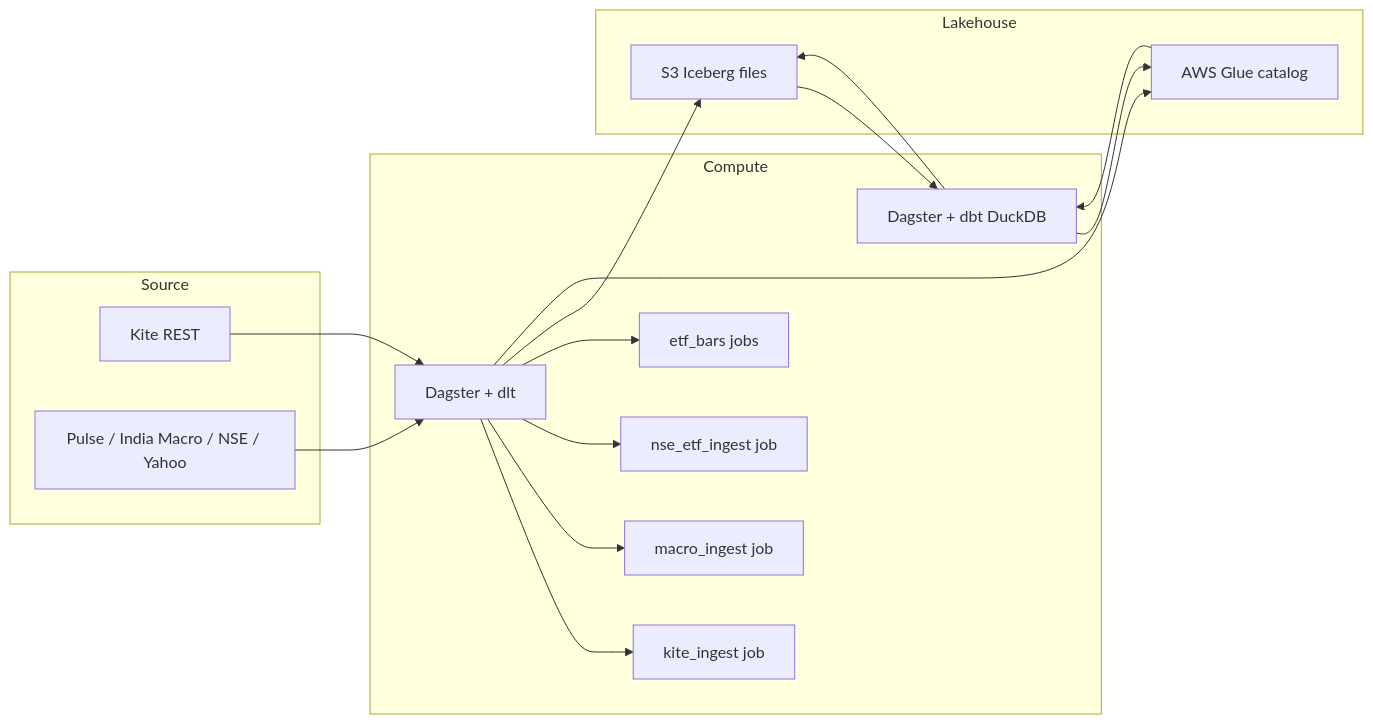
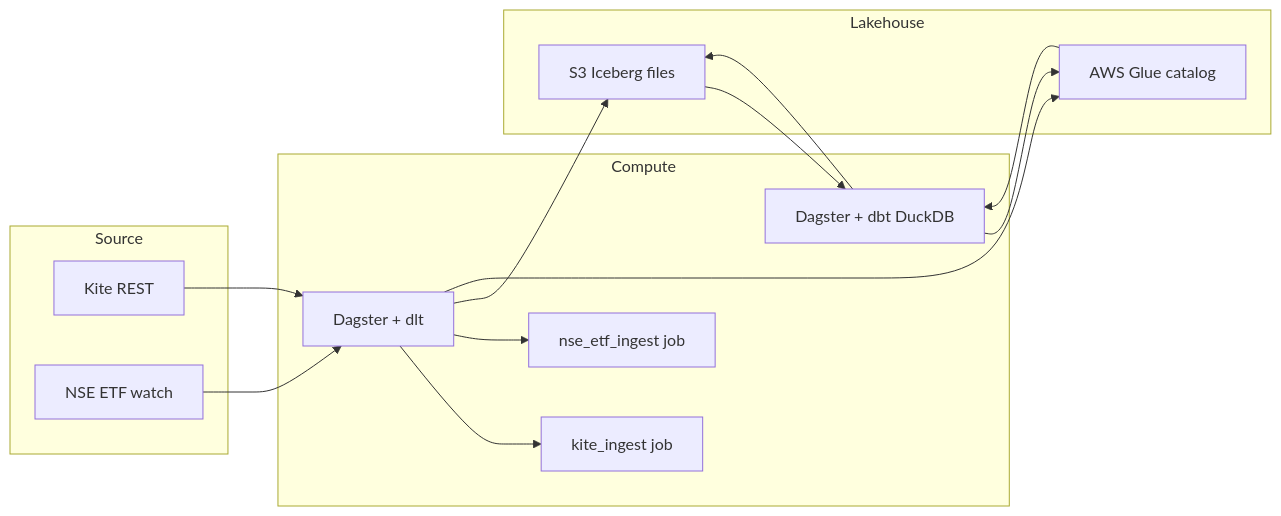
One commit to kunal-dey/investment-data-products changed the first of 5 diagrams in README.md. Above: the diagram before and after it, drawn with Mermaid. The commit also changed other lines of this file and 9 other files, not shown here.

````diff
--- a/README.md
+++ b/README.md
@@ -34,34 +34,30 @@
 ```mermaid
 flowchart LR
   subgraph src["Source"]
     API["Kite REST"]
-    Pulse["Pulse / India Macro / NSE / Yahoo"]
+    NSE["NSE ETF watch"]
   end
 
   subgraph compute["Compute"]
     DLT["Dagster + dlt"]
     DBT["Dagster + dbt DuckDB"]
     KI["kite_ingest job"]
-    MI["macro_ingest job"]
     ETF["nse_etf_ingest job"]
-    BARS["etf_bars jobs"]
   end
 
   subgraph lake["Lakehouse"]
     S3["S3 Iceberg files"]
     GLUE["AWS Glue catalog"]
   end
 
   API --> DLT
-  Pulse --> DLT
+  NSE --> DLT
   DLT --> KI
-  DLT --> MI
   DLT --> ETF
-  DLT --> BARS
   DLT --> S3
   DLT --> GLUE
   S3 --> DBT
   GLUE --> DBT
   DBT --> S3
   DBT --> GLUE
 ```
````
